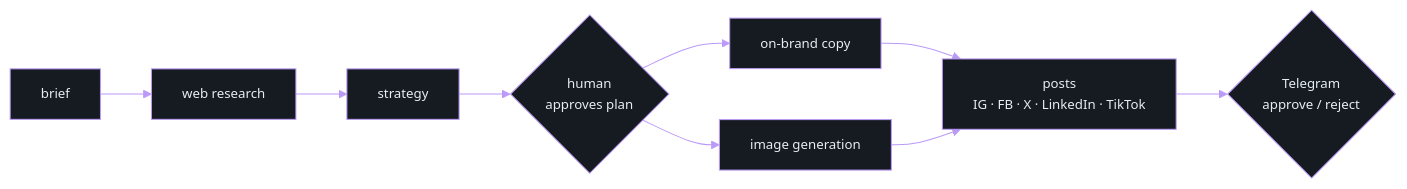
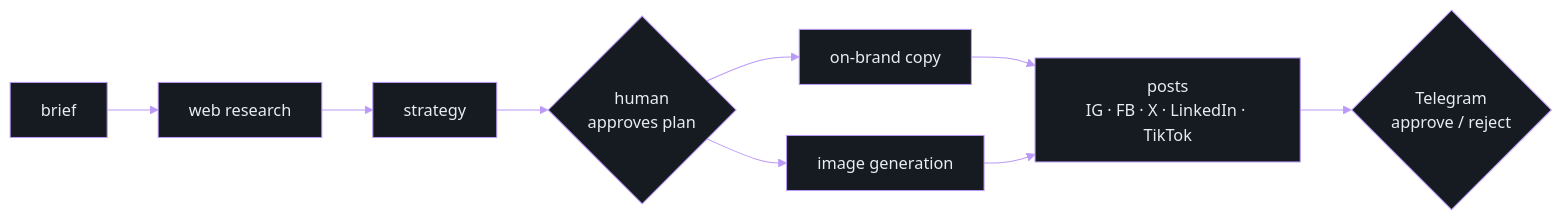
The third of 3 diagrams in README.md (cufelix/cufelix), drawn with Mermaid before and after one commit. The commit also changed other lines of this file, not shown here.

Commit message:
docs: add production section (OFC Poker, Pripoj.to, Fantastické obědy), fix diagram font

````diff
--- a/README.md
+++ b/README.md
@@ -100,8 +119,8 @@
 ```mermaid
-%%{init: {'theme':'base','themeVariables':{'fontFamily':'ui-monospace, monospace','fontSize':'13px','primaryColor':'#161b22','primaryTextColor':'#e6edf3','primaryBorderColor':'#bb9af7','lineColor':'#bb9af7'}}}%%
+%%{init: {'theme':'base','themeVariables':{'primaryColor':'#161b22','primaryTextColor':'#e6edf3','primaryBorderColor':'#bb9af7','lineColor':'#bb9af7'}}}%%
 flowchart LR
     B[brief] --> R[web research] --> S[strategy] --> H{human<br/>approves plan}
     H --> C[on-brand copy] & I[image generation]
     C & I --> P[posts<br/>IG · FB · X · LinkedIn · TikTok]
     P --> T{Telegram<br/>approve / reject}
 ```
````
